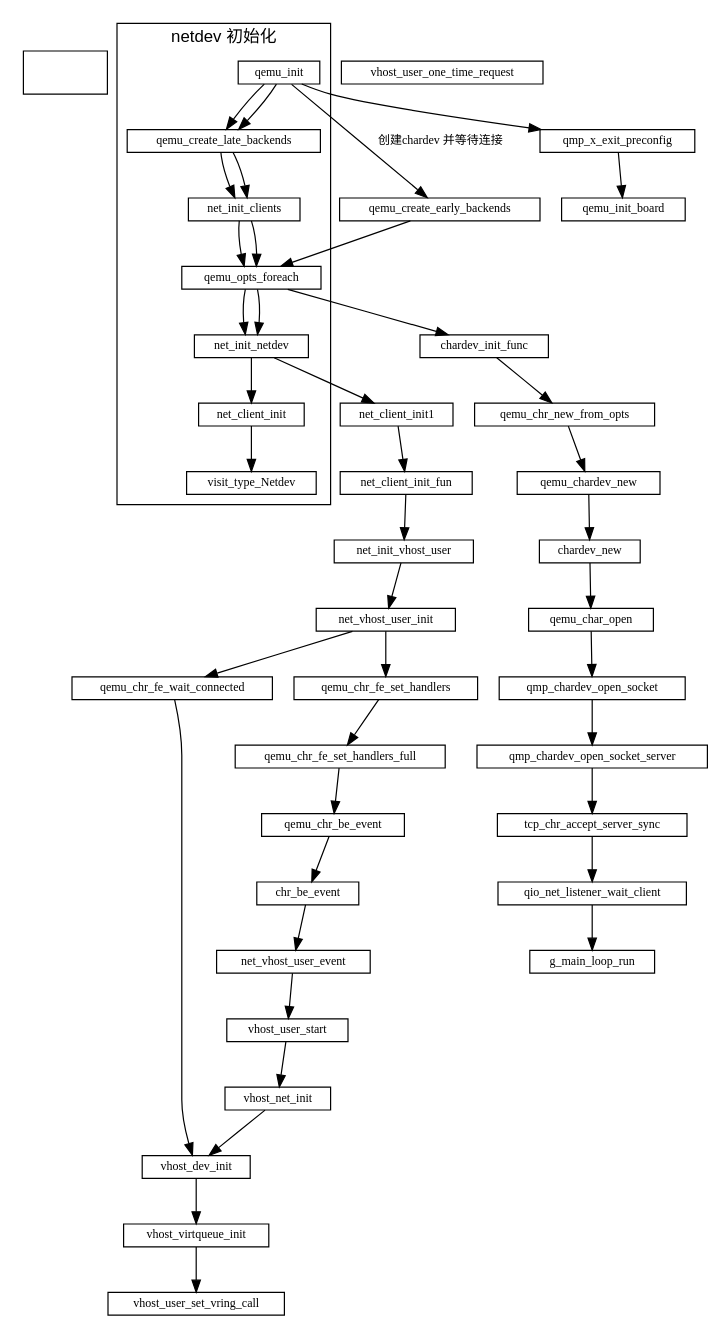
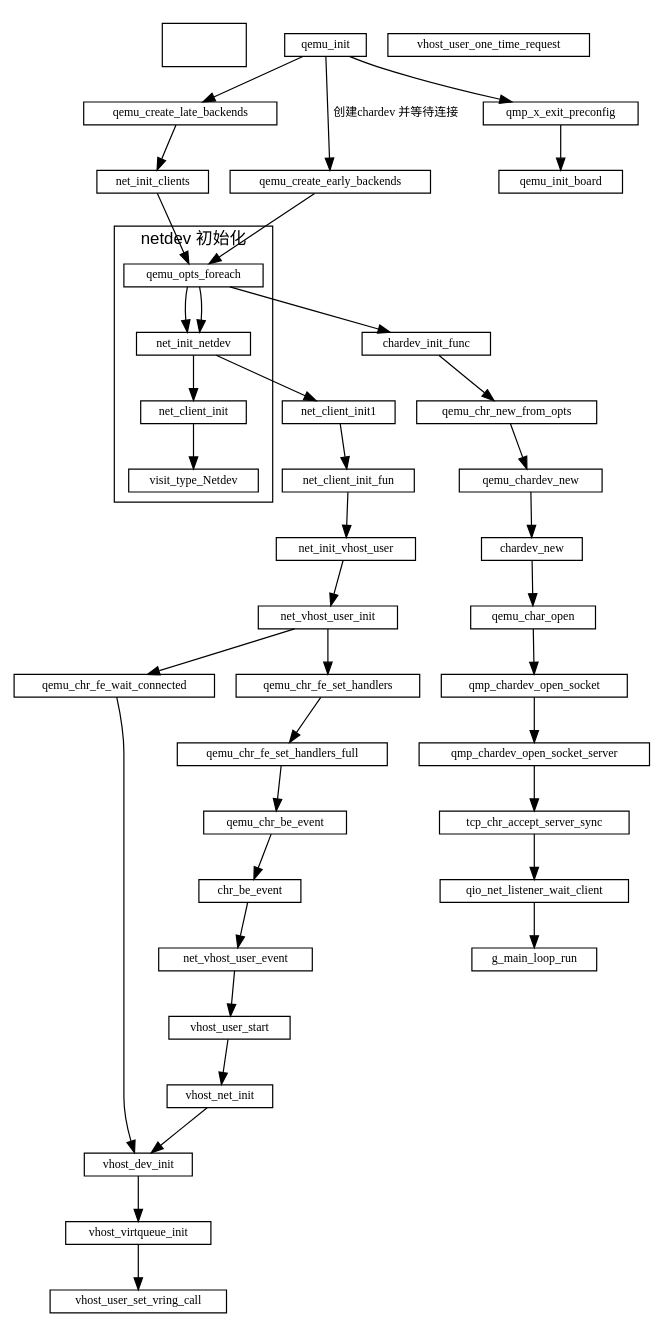
The diagram in qemu/qemu初始化.md (sisyphus1212/note), drawn with Graphviz before and after one commit.

Commit message:
auto_update

````diff
--- a/qemu/qemu初始化.md
+++ b/qemu/qemu初始化.md
@@ -11,69 +11,67 @@
 ```graphviz
 digraph {
     fontname="Helvetica,Arial,sans-serif"
     //node [fontname="Helvetica,Arial,sans-serif"]
     //edge [fontname="Helvetica,Arial,sans-serif"]
     //rankdir="LR"
     node [fontsize=10, shape=record, height=0.25]
     edge [fontsize=10]
 
     subgraph  {
         cluster=true
         fd  [style = invis]
     }
 
 
     qemu_init -> qemu_create_late_backends
               -> net_init_clients
               -> qemu_opts_foreach
               -> net_init_netdev
               -> net_client_init1
               -> net_client_init_fun
               -> net_init_vhost_user
               -> net_vhost_user_init
               -> qemu_chr_fe_wait_connected
               -> vhost_dev_init
 
     net_vhost_user_init -> qemu_chr_fe_set_handlers
                         -> qemu_chr_fe_set_handlers_full
                         -> qemu_chr_be_event
                         -> chr_be_event
                         -> net_vhost_user_event
                         -> vhost_user_start
                         -> vhost_net_init
                         -> vhost_dev_init
                         -> vhost_virtqueue_init
                         -> vhost_user_set_vring_call
 
     qemu_init -> qemu_create_early_backends[label="创建chardev 并等待连接"] qemu_create_early_backends -> qemu_opts_foreach
                       -> chardev_init_func
                       -> qemu_chr_new_from_opts
                       -> qemu_chardev_new
                       -> chardev_new
                       -> qemu_char_open
                       -> qmp_chardev_open_socket
                       -> qmp_chardev_open_socket_server
                       -> tcp_chr_accept_server_sync
                       -> qio_net_listener_wait_client
                       -> g_main_loop_run
 
     subgraph netdev_init {
         label="netdev 初始化";
         cluster=true;
-        qemu_init -> qemu_create_late_backends
-                -> net_init_clients
-                -> qemu_opts_foreach
-                -> net_init_netdev
-                -> net_client_init
-                -> visit_type_Netdev
+        qemu_opts_foreach
+        -> net_init_netdev
+        -> net_client_init
+        -> visit_type_Netdev
     }
 
     qemu_init -> qmp_x_exit_preconfig -> qemu_init_board // 初始化cpu 内存
 
     vhost_dev_init
 
     net_vhost_user_event
 
     vhost_user_one_time_request
 }
 ```
````
